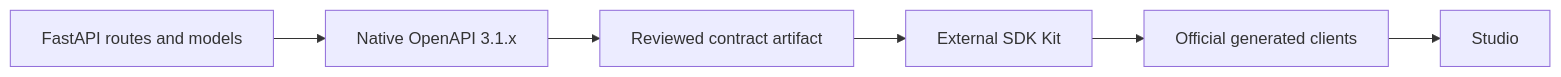
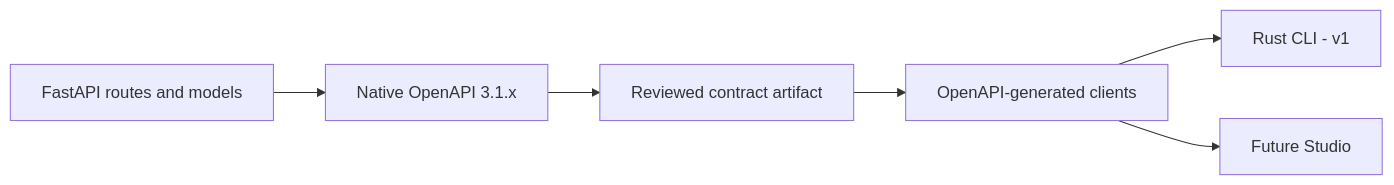
The diagram in docs/development/api-contracts.md (matejpalenik/inframeld), drawn with Mermaid before and after one commit. The commit also changed other lines of this file and 54 other files, not shown here.

Commit message:
docs(architecture): defer Studio and focus on a CLI as the main interface for v1

````diff
--- a/docs/development/api-contracts.md
+++ b/docs/development/api-contracts.md
@@ -57,8 +58,8 @@
 ```mermaid
 flowchart LR
     Backend[FastAPI routes and models] --> Schema[Native OpenAPI 3.1.x]
     Schema --> Artifact[Reviewed contract artifact]
-    Artifact --> Kit[External SDK Kit]
-    Kit --> SDK[Official generated clients]
-    SDK --> Studio[Studio]
+    Artifact --> SDK[OpenAPI-generated clients]
+    SDK --> CLI[Rust CLI - v1]
+    SDK --> Studio[Future Studio]
 ```
````
